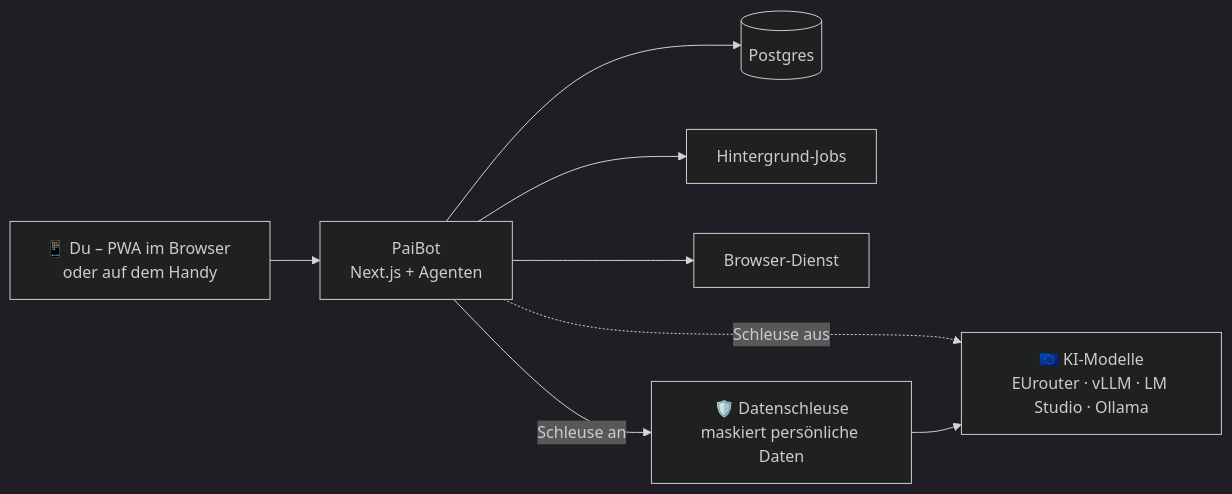
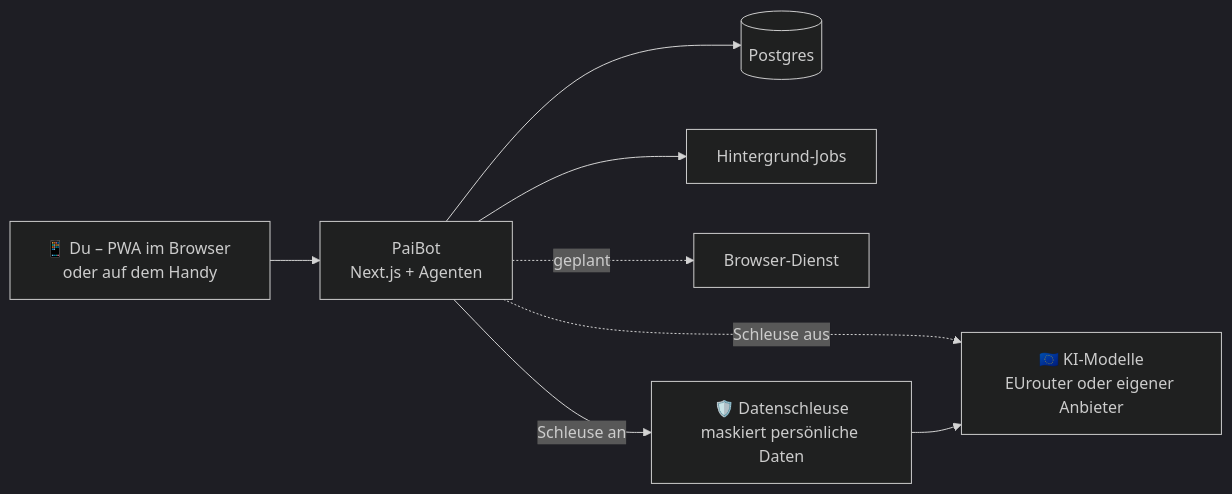
One commit to oliverhees/paibot changed the diagram in README.md. Above: the diagram before and after it, drawn with Mermaid (dark theme). The commit also changed other lines of this file and 11 other files, not shown here.

````diff
--- a/README.md
+++ b/README.md
@@ -121,10 +129,10 @@
 ```mermaid
 flowchart LR
     U["📱 Du – PWA im Browser oder auf dem Handy"] --> W["PaiBot<br/>Next.js + Agenten"]
     W --> DB[("Postgres")]
     W --> J["Hintergrund-Jobs"]
-    W --> B["Browser-Dienst"]
+    W -.->|"geplant"| B["Browser-Dienst"]
     W -->|"Schleuse an"| S["🛡️ Datenschleuse<br/>maskiert persönliche Daten"]
     W -.->|"Schleuse aus"| M
-    S --> M["🇪🇺 KI-Modelle<br/>EUrouter · vLLM · LM Studio · Ollama"]
+    S --> M["🇪🇺 KI-Modelle<br/>EUrouter oder eigener Anbieter"]
 ```
````
